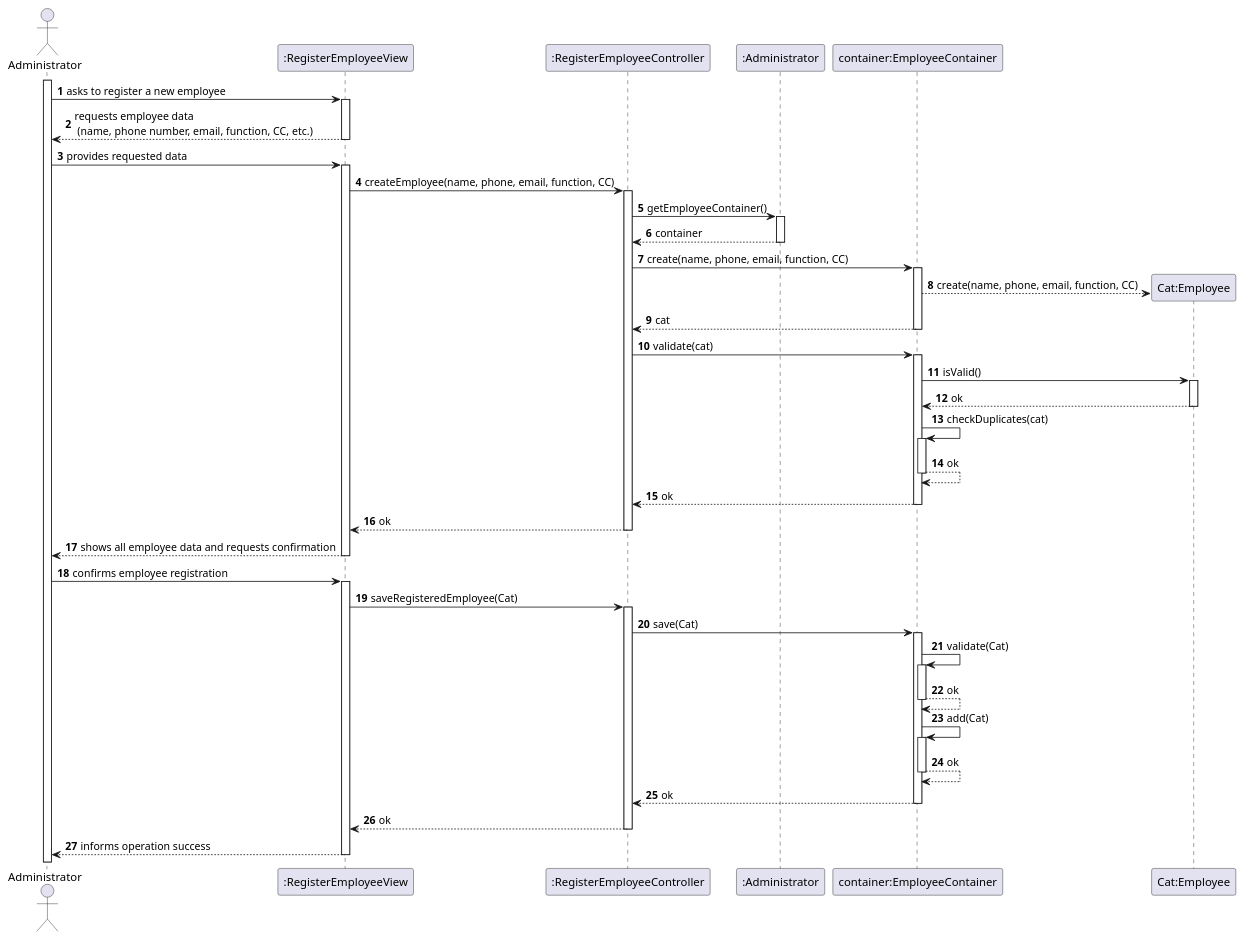
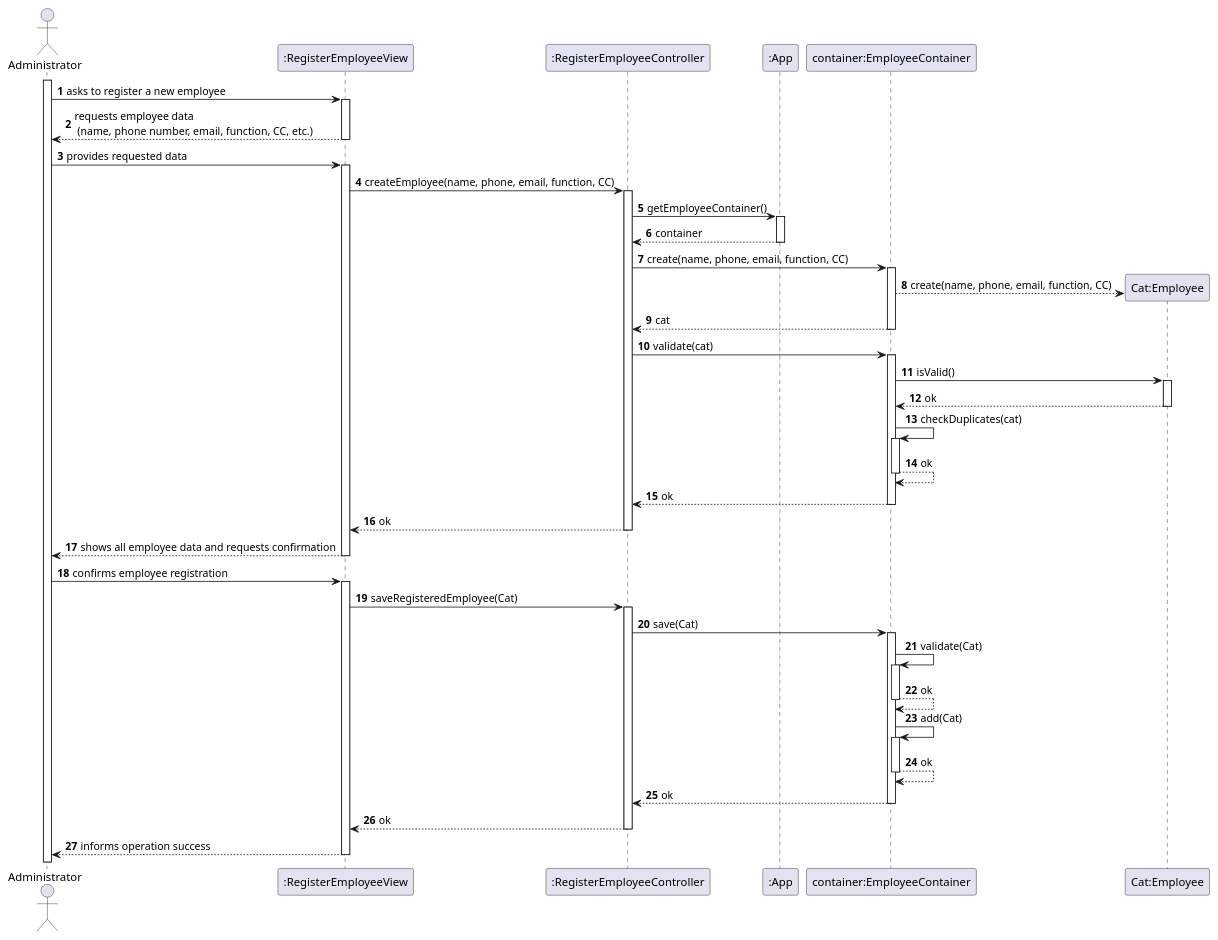
Before and after one commit to Parafita123/leti-esoft-25-26-B1: the diagram in docs/Sprint2/US14/puml/US14-SD.puml, drawn with PlantUML. The commit also changed 2 other files, not shown here.

```diff
--- a/docs/Sprint2/US14/puml/US14-SD.puml
+++ b/docs/Sprint2/US14/puml/US14-SD.puml
@@ -1,47 +1,47 @@
 @startuml
 'https://plantuml.com/sequence-diagram
 
 autoactivate on
 autonumber
 
 actor "Administrator" as Admin
 participant ":RegisterEmployeeView" as View
 participant ":RegisterEmployeeController" as Ctrl
-participant ":Administrator" as Administrator
+participant ":App" as App
 participant "container:EmployeeContainer" as Container
 participant "Cat:Employee" as Employee
 
 activate Admin
 
 Admin -> View: asks to register a new employee
 View --> Admin: requests employee data \n (name, phone number, email, function, CC, etc.)
 
 Admin -> View: provides requested data
 View -> Ctrl: createEmployee(name, phone, email, function, CC)
-Ctrl -> Administrator: getEmployeeContainer()
-Administrator --> Ctrl: container
+Ctrl -> App: getEmployeeContainer()
+App --> Ctrl: container
 
 Ctrl -> Container: create(name, phone, email, function, CC)
 Container --> Employee**: create(name, phone, email, function, CC)
 Container --> Ctrl: cat
 Ctrl -> Container: validate(cat)
 Container -> Employee: isValid()
 Employee --> Container: ok
 Container -> Container: checkDuplicates(cat)
 Container --> Container: ok
 Container --> Ctrl: ok
 Ctrl --> View: ok
 View --> Admin: shows all employee data and requests confirmation
 
 Admin -> View: confirms employee registration
 View -> Ctrl: saveRegisteredEmployee(Cat)
 Ctrl -> Container: save(Cat)
 Container -> Container: validate(Cat)
 Container --> Container: ok
 Container -> Container: add(Cat)
 Container --> Container: ok
 Container --> Ctrl: ok
 Ctrl --> View: ok
 View --> Admin: informs operation success
 
 @enduml
```
